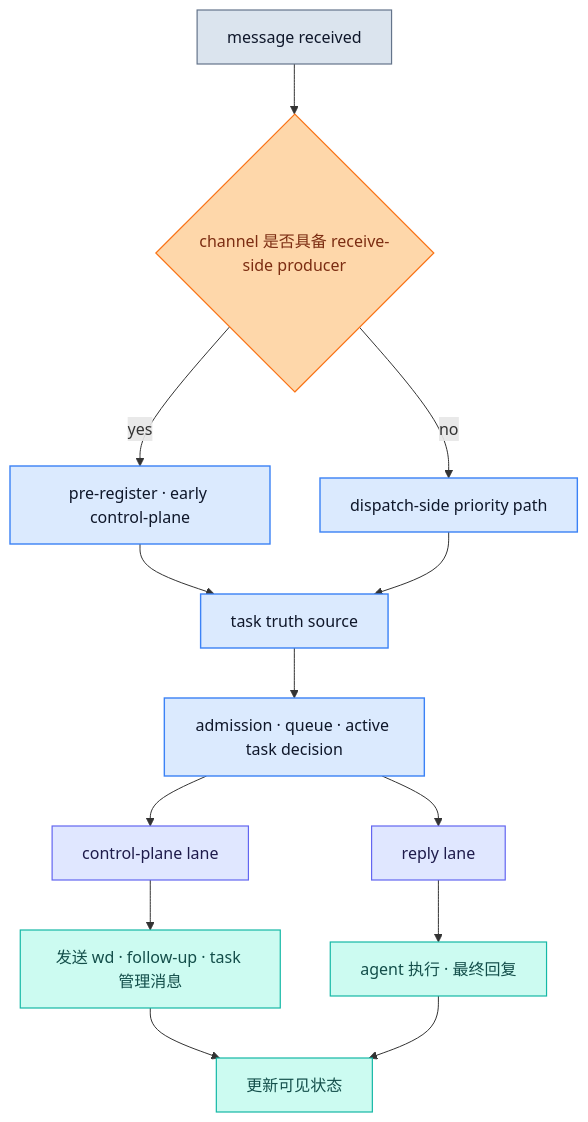
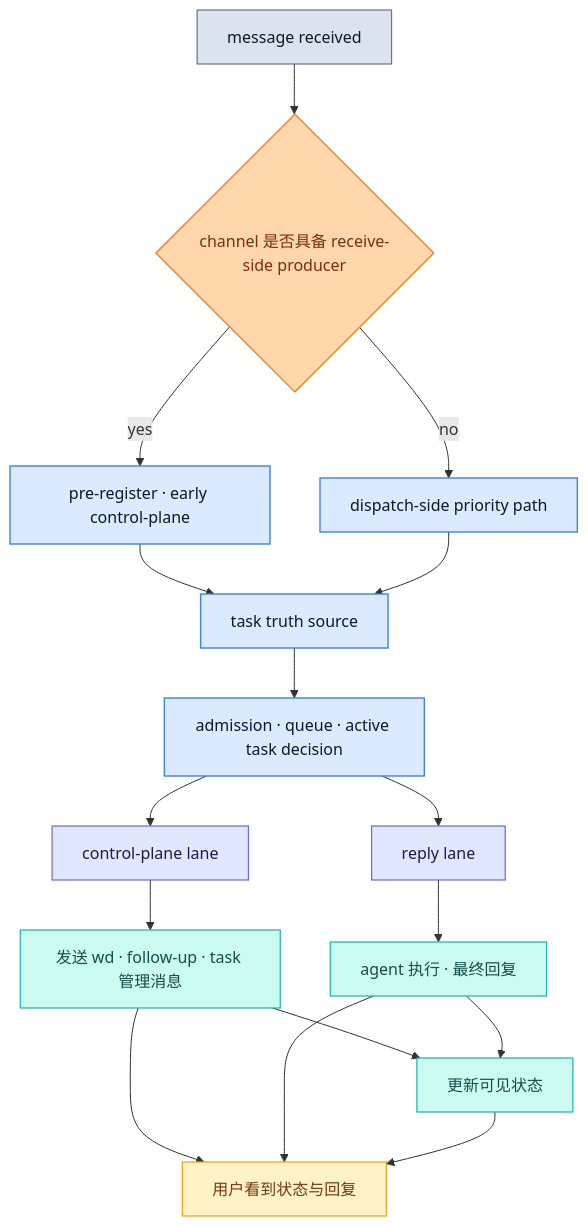
The second of 2 diagrams in docs/architecture.md (redcreen/openclaw-task-system), drawn with Mermaid before and after one commit. The commit also changed other lines of this file, not shown here.

Commit message:
Close user feedback loop in architecture diagrams

````diff
--- a/docs/architecture.md
+++ b/docs/architecture.md
@@ -159,37 +170,43 @@
 ```mermaid
 flowchart TD
     classDef source fill:#dbe4ee,stroke:#64748b,color:#0f172a,stroke-width:1.2px;
     classDef branch fill:#fed7aa,stroke:#f97316,color:#7c2d12,stroke-width:1.2px;
     classDef core fill:#dbeafe,stroke:#3b82f6,color:#0f172a,stroke-width:1.4px;
     classDef lane fill:#e0e7ff,stroke:#6366f1,color:#1e1b4b,stroke-width:1.2px;
     classDef output fill:#ccfbf1,stroke:#14b8a6,color:#134e4a,stroke-width:1.2px;
+    classDef visible fill:#fef3c7,stroke:#f59e0b,color:#78350f,stroke-width:1.2px;
 
     M["message received"]
     G{"channel 是否具备 receive-side producer"}
     PR["pre-register · early control-plane"]
     DP["dispatch-side priority path"]
     TT["task truth source"]
     AD["admission · queue · active task decision"]
     CL["control-plane lane"]
     RL["reply lane"]
     CP["发送 wd · follow-up · task 管理消息"]
     RR["agent 执行 · 最终回复"]
     ST["更新可见状态"]
+    UV["用户看到状态与回复"]
 
     M --> G
     G -- yes --> PR
     G -- no --> DP
     PR --> TT
     DP --> TT
     TT --> AD
     AD --> CL
     AD --> RL
     CL --> CP --> ST
     RL --> RR --> ST
+    CP --> UV
+    RR --> UV
+    ST --> UV
 
     class M source
     class G branch
     class PR,DP,TT,AD core
     class CL,RL lane
     class CP,RR,ST output
+    class UV visible
 ```
````
